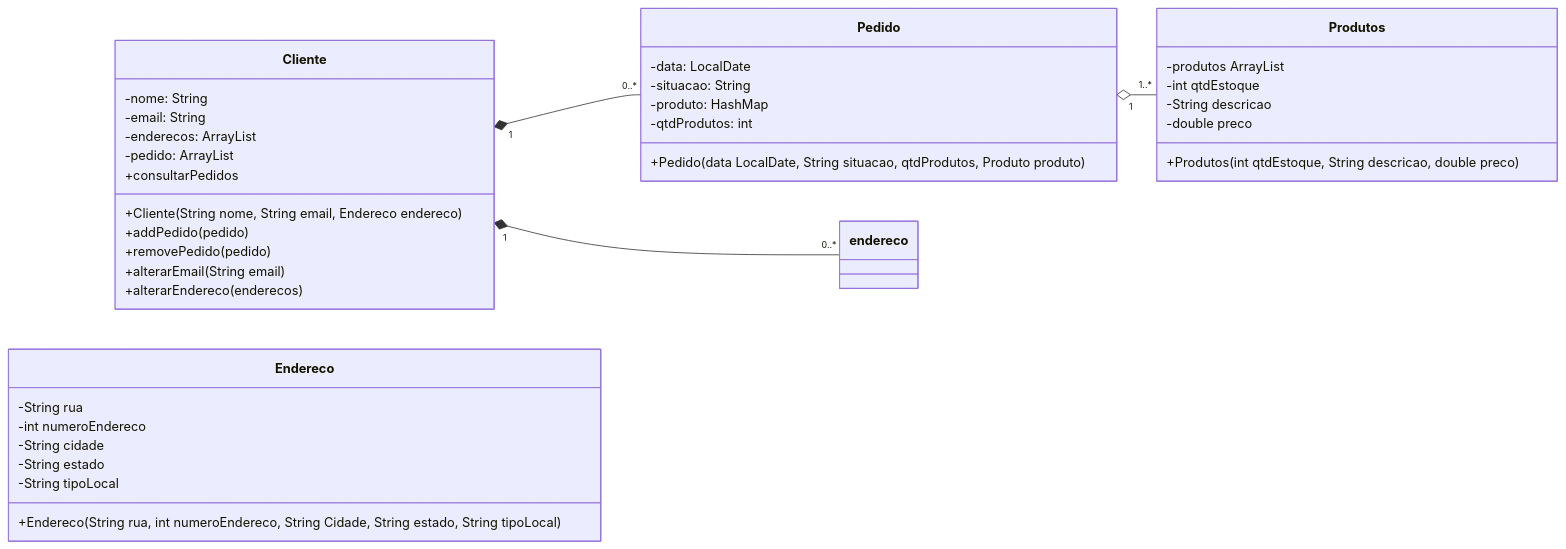
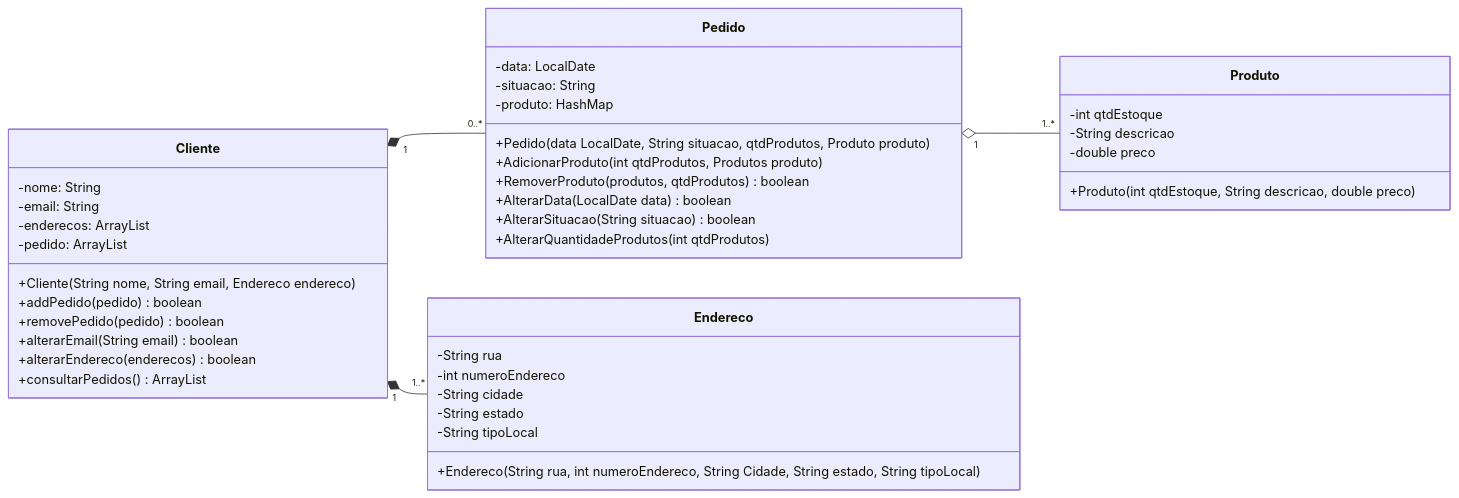
One commit to gaspanhol/POO changed the diagram in lab-04/exercicio-1.1/README.md. Above: the diagram before and after it, drawn with Mermaid. The commit also changed 5 other files, not shown here.

Commit message:
Finalizado o UML do exercício 1.1

````diff
--- a/lab-04/exercicio-1.1/README.md
+++ b/lab-04/exercicio-1.1/README.md
@@ -5,52 +5,51 @@
 ```mermaid
 
 classDiagram
     
     direction LR
     
     Cliente "1" *-- "0..*" Pedido
-    Cliente "1" *-- "0..*" endereco
-    Pedido "1" o-- "1..*" Produtos
+    Cliente "1" *-- "1..*" Endereco
+    Pedido "1" o-- "1..*" Produto
     
     class Cliente {
         -nome: String
         -email: String
         -enderecos: ArrayList<Endereco>
         -pedido: ArrayList<Pedido>
         +Cliente(String nome, String email, Endereco endereco)
-        +addPedido(pedido)
-        +removePedido(pedido)
-        +alterarEmail(String email)
-        +alterarEndereco(enderecos)
-        +consultarPedidos
+        +addPedido(pedido) boolean
+        +removePedido(pedido) boolean
+        +alterarEmail(String email) boolean
+        +alterarEndereco(enderecos) boolean
+        +consultarPedidos() ArrayList<Pedido>
     }
 
     class Endereco {
         -String rua
         -int numeroEndereco
         -String cidade
         -String estado
         -String tipoLocal
         +Endereco(String rua, int numeroEndereco, String Cidade, String estado, String tipoLocal)
     }
     
     class Pedido {
         -data: LocalDate
         -situacao: String
-        -produto: HashMap<Produtos, qtdProdutos>
-        -qtdProdutos: int
+        -produto: HashMap<Produto, qtdProdutos> 
         +Pedido(data LocalDate, String situacao, qtdProdutos, Produto produto)
+        +AdicionarProduto(int qtdProdutos, Produtos produto)
+        +RemoverProduto(produtos, qtdProdutos) boolean
+        +AlterarData(LocalDate data) boolean
+        +AlterarSituacao(String situacao) boolean
+        +AlterarQuantidadeProdutos(int qtdProdutos)
     }
     
-    class Produtos {
-        -produtos ArrayList<Produtos>
+    class Produto {
         -int qtdEstoque
         -String descricao
         -double preco
-        +Produtos(int qtdEstoque, String descricao, double preco)
+        +Produto(int qtdEstoque, String descricao, double preco)
     }
-    
-
-
-    
 ```
````
